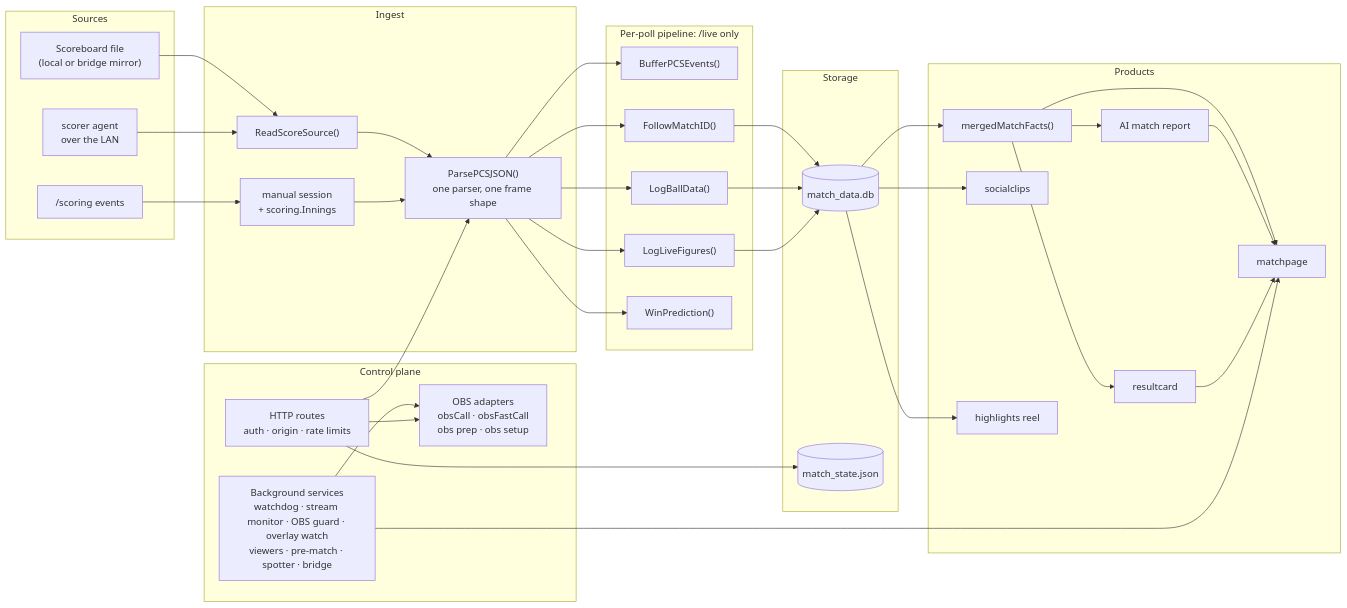
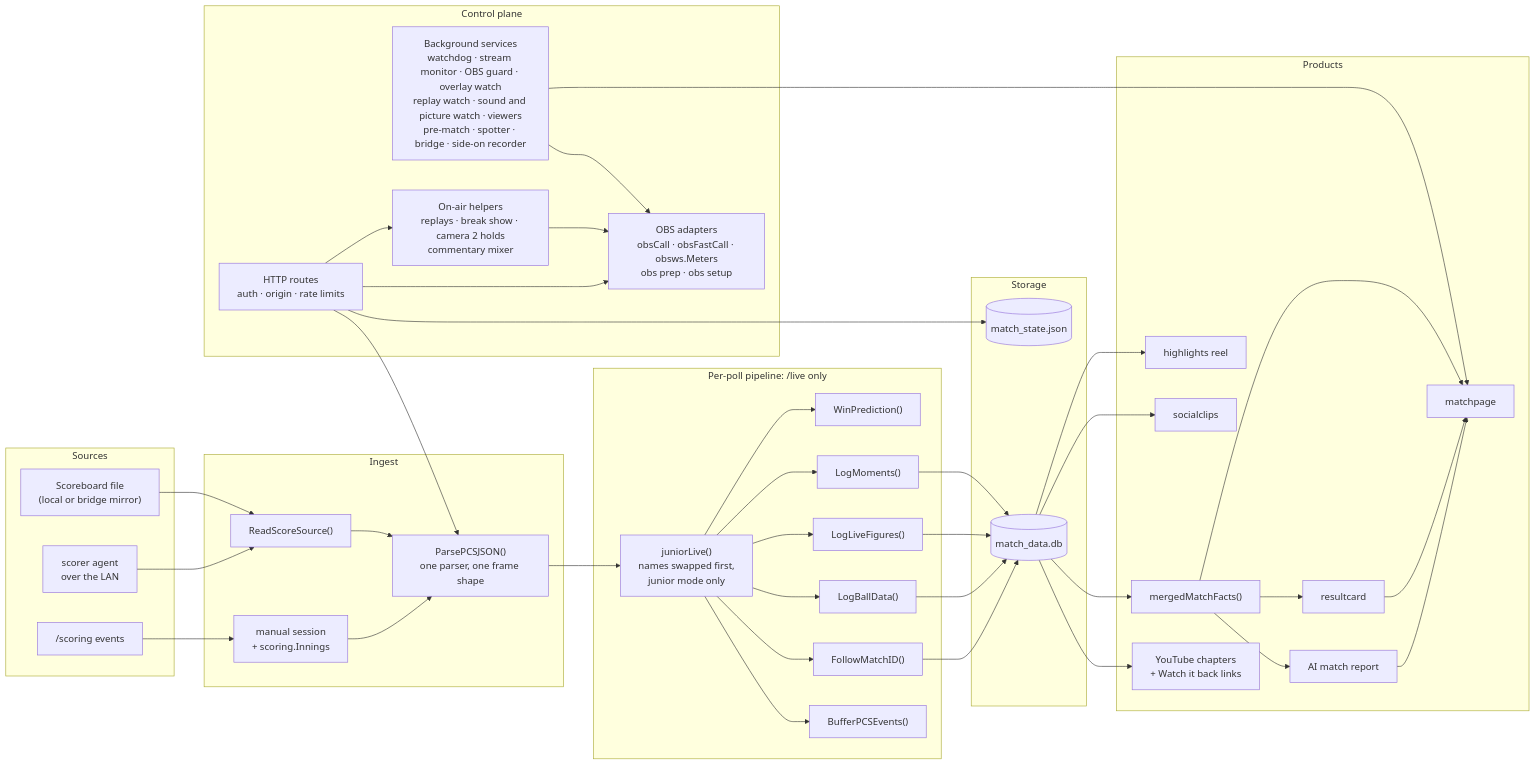
Before and after one commit to BridestoweBelstoneCC/Cricket-Live-Stream: the third of 9 diagrams in ARCHITECTURE.md, drawn with Mermaid. The commit also changed other lines of this file and 8 other files, not shown here.

````diff
--- a/ARCHITECTURE.md
+++ b/ARCHITECTURE.md
@@ -193,69 +219,79 @@
 ```mermaid
 flowchart LR
     subgraph SRC["Sources"]
         f1["Scoreboard file<br/>(local or bridge mirror)"]
         f2["scorer agent<br/>over the LAN"]
         f3["/scoring events"]
     end
 
     subgraph ING["Ingest"]
         rss["ReadScoreSource()"]
         man["manual session<br/>+ scoring.Innings"]
         parse["ParsePCSJSON()<br/>one parser, one frame shape"]
     end
 
     subgraph PIPE["Per-poll pipeline: /live only"]
+        jr["juniorLive()<br/>names swapped first,<br/>junior mode only"]
         ev["BufferPCSEvents()"]
         fm["FollowMatchID()"]
         lb["LogBallData()"]
         lf["LogLiveFigures()"]
+        lm["LogMoments()"]
         wp["WinPrediction()"]
     end
 
     subgraph STORE["Storage"]
         db[("match_data.db")]
         st[("match_state.json")]
     end
 
     subgraph PROD["Products"]
         facts["mergedMatchFacts()"]
         rep["AI match report"]
         card["resultcard"]
         page["matchpage"]
         clips["socialclips"]
         hl["highlights reel"]
+        chap["YouTube chapters<br/>+ Watch it back links"]
     end
 
     subgraph CTRL["Control plane"]
         routes["HTTP routes<br/>auth · origin · rate limits"]
-        svc["Background services<br/>watchdog · stream monitor · OBS guard · overlay watch<br/>viewers · pre-match · spotter · bridge"]
-        obsio["OBS adapters<br/>obsCall · obsFastCall<br/>obs prep · obs setup"]
+        svc["Background services<br/>watchdog · stream monitor · OBS guard · overlay watch<br/>replay watch · sound and picture watch · viewers<br/>pre-match · spotter · bridge · side-on recorder"]
+        shows["On-air helpers<br/>replays · break show · camera 2 holds<br/>commentary mixer"]
+        obsio["OBS adapters<br/>obsCall · obsFastCall · obsws.Meters<br/>obs prep · obs setup"]
     end
 
     f1 --> rss
     f2 --> rss
     f3 --> man
     rss --> parse
     man --> parse
-    parse --> ev
-    parse --> fm
-    parse --> lb
-    parse --> lf
-    parse --> wp
+    parse --> jr
+    jr --> ev
+    jr --> fm
+    jr --> lb
+    jr --> lf
+    jr --> lm
+    jr --> wp
     fm --> db
     lb --> db
     lf --> db
+    lm --> db
+    db --> chap
     db --> facts
     facts --> rep
     facts --> card
     facts --> page
     rep --> page
     card --> page
     db --> clips
     db --> hl
     routes --> parse
     routes --> st
     svc --> obsio
     routes --> obsio
+    routes --> shows
+    shows --> obsio
     svc --> page
 ```
````
